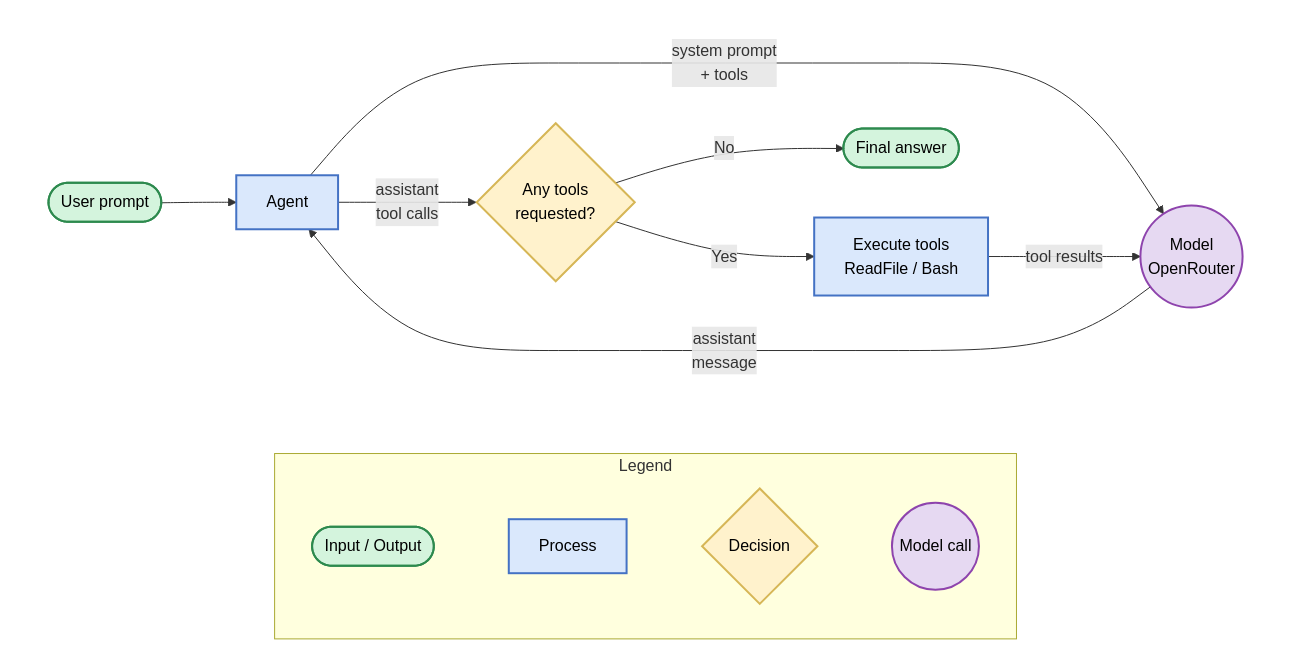
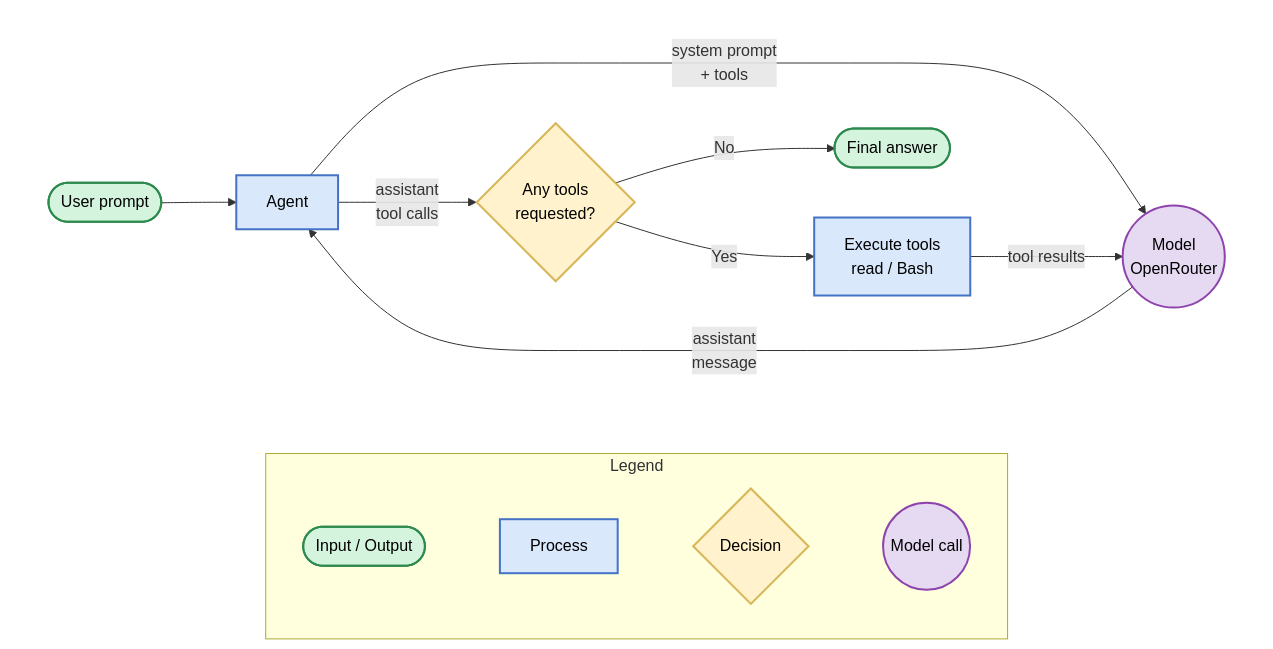
One commit to TinySquid/agent-loop changed the diagram in README.md. Above: the diagram before and after it, drawn with Mermaid. The commit also changed other lines of this file and 3 other files, not shown here.

````diff
--- a/README.md
+++ b/README.md
@@ -11,31 +11,31 @@
 ```mermaid
 flowchart TD
     subgraph Main[" "]
         direction LR
         P([User prompt]) --> A[Agent]
         A -->|"system prompt<br/>+ tools"| M(("Model<br/>OpenRouter"))
         M -->|"assistant<br/>message"| A
         A -->|"assistant<br/>tool calls"| T{"Any tools<br/>requested?"}
         T -->|No| F([Final answer])
-        T -->|Yes| E["Execute tools<br/>ReadFile / Bash"]
+        T -->|Yes| E["Execute tools<br/>read / Bash"]
         E -->|"tool results"| M
     end
 
     subgraph Legend["Legend"]
         direction LR
         L1([Input / Output]) ~~~ L2[Process] ~~~ L3{Decision} ~~~ L4((Model call))
     end
 
     Main ~~~ Legend
 
     classDef io fill:#d4f4dd,stroke:#2d8a4e,stroke-width:2px,color:#000
     classDef process fill:#dae8fc,stroke:#4472c4,stroke-width:2px,color:#000
     classDef decision fill:#fff2cc,stroke:#d6b656,stroke-width:2px,color:#000
     classDef model fill:#e6d9f2,stroke:#8e44ad,stroke-width:2px,color:#000
     style Main fill:none,stroke:none
 
     class P,F,L1 io
     class A,E,L2 process
     class T,L3 decision
     class M,L4 model
 ```
````
